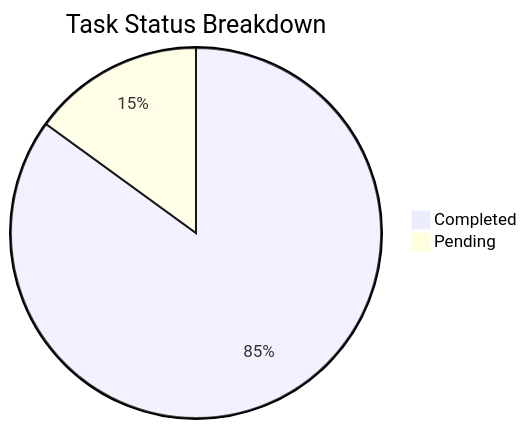
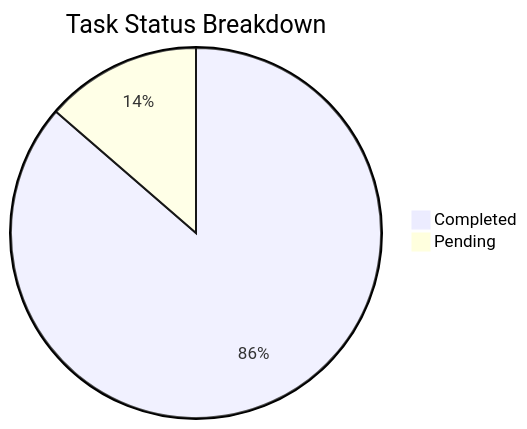
One commit to sagarms97/MyWorkDairy changed the first of 2 diagrams in KUD/Analytics.md. Above: the diagram before and after it, drawn with Mermaid. The commit also changed other lines of this file and 6 other files, not shown here.

````diff
--- a/KUD/Analytics.md
+++ b/KUD/Analytics.md
@@ -12,5 +12,5 @@
 ```mermaid
 pie title Task Status Breakdown
-    "Completed" : 17
+    "Completed" : 19
     "Pending" : 3
 ```
````
